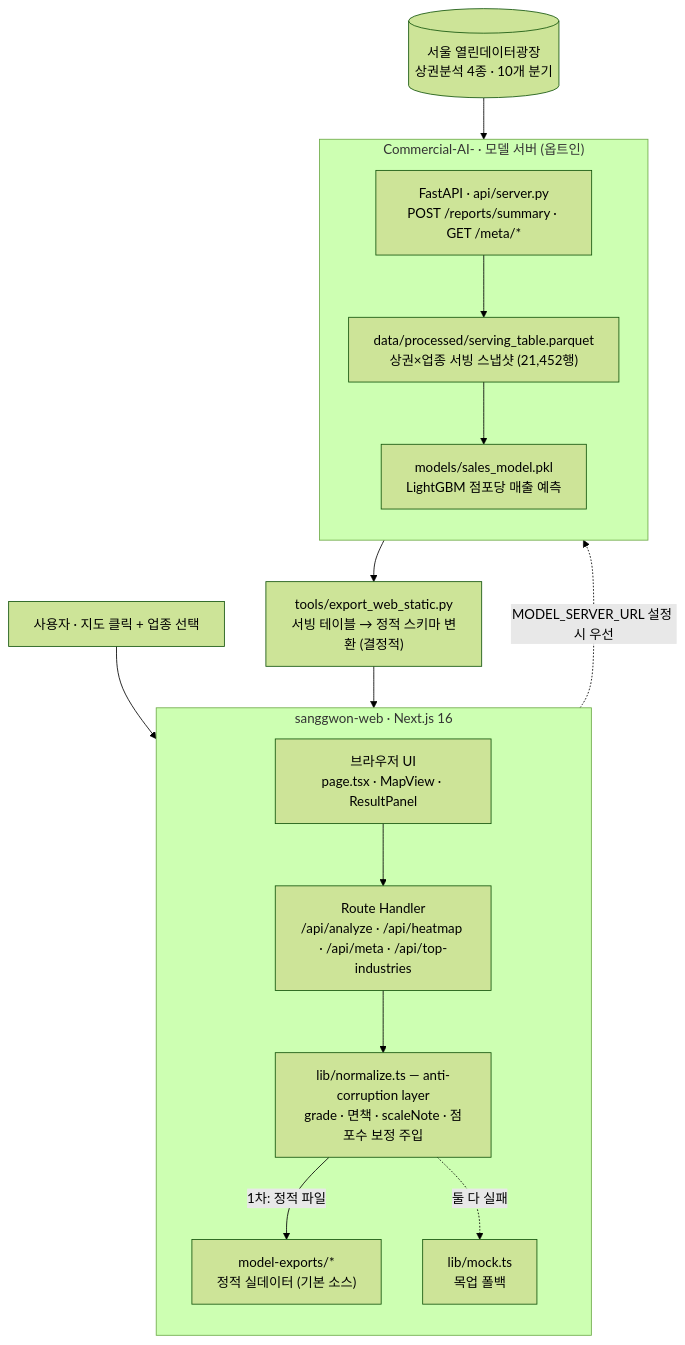
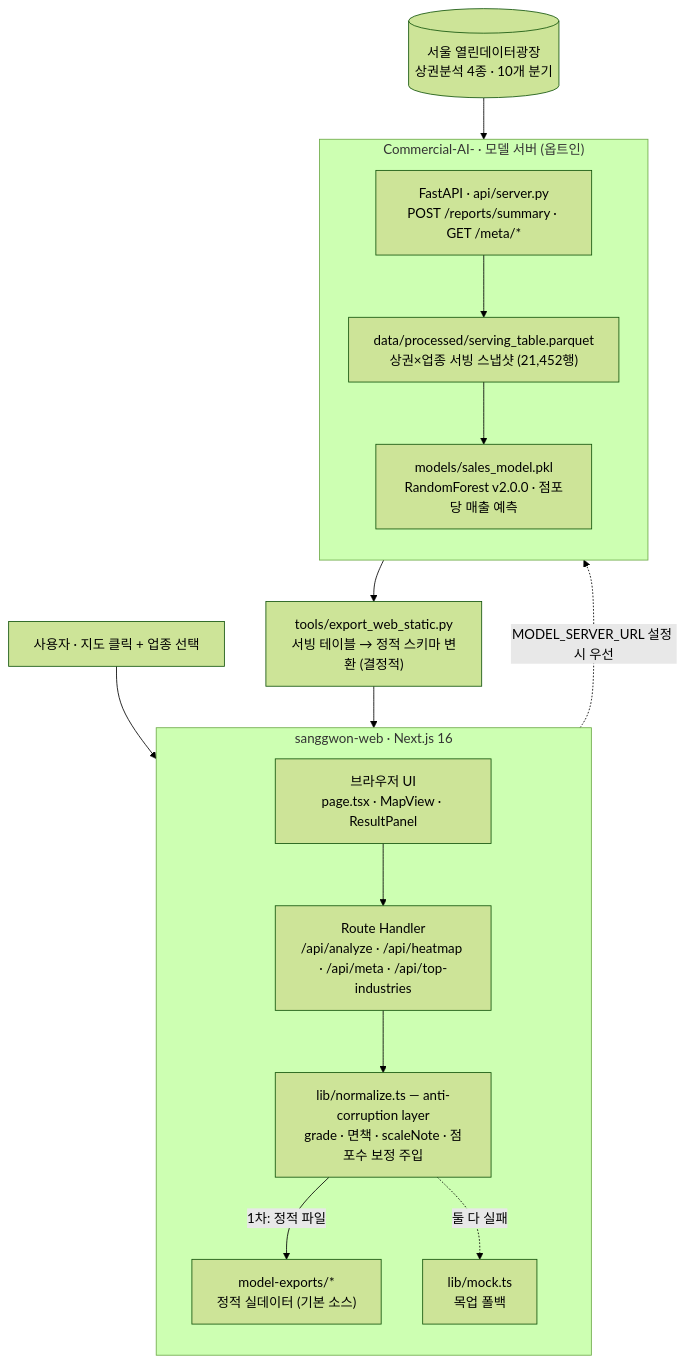
One commit to Academic-competition/web-demo changed the first of 2 diagrams in README.md. Above: the diagram before and after it, drawn with Mermaid (forest theme). The commit also changed other lines of this file and 3 other files, not shown here.

````diff
--- a/README.md
+++ b/README.md
@@ -82,31 +82,31 @@
 ```mermaid
 flowchart TB
     User["사용자 · 지도 클릭 + 업종 선택"]
 
     subgraph WEB["sanggwon-web · Next.js 16"]
         direction TB
         UI["브라우저 UI<br/>page.tsx · MapView · ResultPanel"]
         RT["Route Handler<br/>/api/analyze · /api/heatmap · /api/meta · /api/top-industries"]
         NORM["lib/normalize.ts — anti-corruption layer<br/>grade · 면책 · scaleNote · 점포수 보정 주입"]
         EXP["model-exports/*<br/>정적 실데이터 (기본 소스)"]
         MOCK["lib/mock.ts<br/>목업 폴백"]
     end
 
     subgraph MODEL["Commercial-AI- · 모델 서버 (옵트인)"]
         direction TB
         SRV["FastAPI · api/server.py<br/>POST /reports/summary · GET /meta/*"]
         SERV["data/processed/serving_table.parquet<br/>상권×업종 서빙 스냅샷 (21,452행)"]
-        PKL["models/sales_model.pkl<br/>LightGBM 점포당 매출 예측"]
+        PKL["models/sales_model.pkl<br/>RandomForest v2.0.0 · 점포당 매출 예측"]
     end
 
     TOOL["tools/export_web_static.py<br/>서빙 테이블 → 정적 스키마 변환 (결정적)"]
     CSV[("서울 열린데이터광장<br/>상권분석 4종 · 10개 분기")]
 
     User --> UI --> RT --> NORM
     NORM -->|"1차: 정적 파일"| EXP
     NORM -.->|"MODEL_SERVER_URL 설정 시 우선"| SRV
     NORM -.->|"둘 다 실패"| MOCK
     SRV --> SERV --> PKL
     CSV --> SERV
     SERV --> TOOL --> EXP
 ```
````
